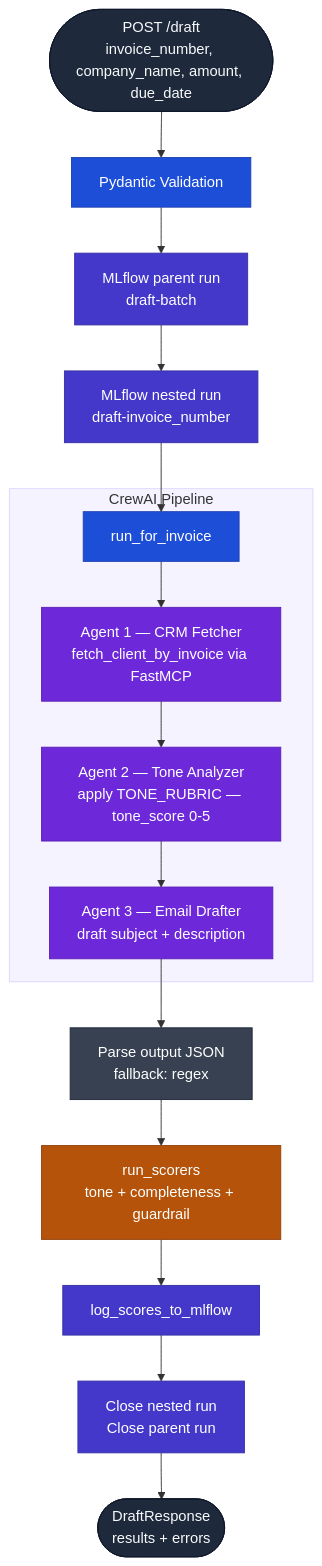
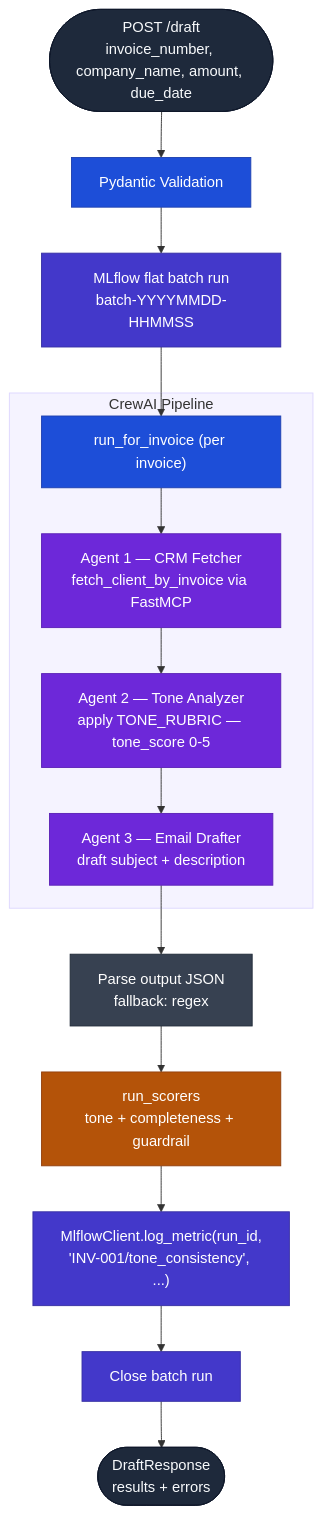
The ninth of 9 diagrams in DESIGN.md (Avii3301/cashCollection-A2A), drawn with Mermaid before and after one commit. The commit also changed other lines of this file and 12 other files, not shown here.

First line of the commit message:
Modularise app, add Scalar UI, flat MLflow runs, Makefile

````diff
--- a/DESIGN.md
+++ b/DESIGN.md
@@ -423,31 +447,30 @@
 ```mermaid
 flowchart TD
     classDef entry   fill:#1e293b,stroke:#0f172a,color:#f8fafc
     classDef api     fill:#1d4ed8,stroke:#1e40af,color:#fff
     classDef mlflow  fill:#4338ca,stroke:#3730a3,color:#fff
     classDef agent   fill:#6d28d9,stroke:#5b21b6,color:#fff
     classDef parse   fill:#374151,stroke:#1f2937,color:#fff
     classDef eval    fill:#b45309,stroke:#92400e,color:#fff
 
     REQ(["POST /draft\ninvoice_number, company_name, amount, due_date"]):::entry
 
     REQ --> VAL["Pydantic Validation"]:::api
-    VAL --> PR["MLflow parent run\ndraft-batch"]:::mlflow
-    PR --> NR["MLflow nested run\ndraft-invoice_number"]:::mlflow
+    VAL --> PR["MLflow flat batch run\nbatch-YYYYMMDD-HHMMSS"]:::mlflow
 
-    NR --> INV["run_for_invoice"]:::api
+    PR --> INV["run_for_invoice (per invoice)"]:::api
 
     subgraph pipeline ["  CrewAI Pipeline  "]
         INV --> F["Agent 1 — CRM Fetcher\nfetch_client_by_invoice via FastMCP"]:::agent
         F --> T["Agent 2 — Tone Analyzer\napply TONE_RUBRIC — tone_score 0-5"]:::agent
         T --> D["Agent 3 — Email Drafter\ndraft subject + description"]:::agent
     end
 
     D --> PARSE["Parse output JSON\nfallback: regex"]:::parse
     PARSE --> SCORE["run_scorers\ntone + completeness + guardrail"]:::eval
-    SCORE --> LOG["log_scores_to_mlflow"]:::mlflow
-    LOG --> CLOSE["Close nested run\nClose parent run"]:::mlflow
+    SCORE --> LOG["MlflowClient.log_metric(run_id,\n'INV-001/tone_consistency', ...)"]:::mlflow
+    LOG --> CLOSE["Close batch run"]:::mlflow
     CLOSE --> RESP(["DraftResponse\nresults + errors"]):::entry
 
     style pipeline fill:#f5f3ff,stroke:#ddd6fe
 ```
````
